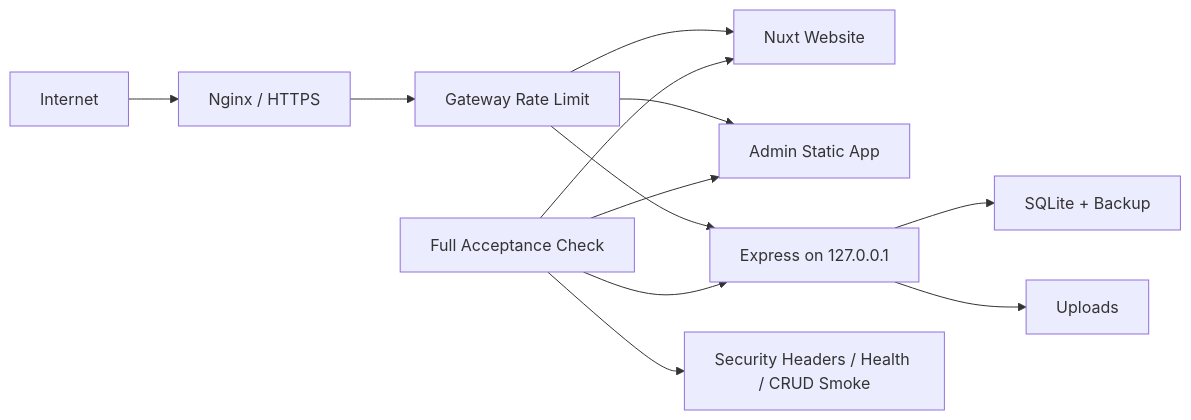
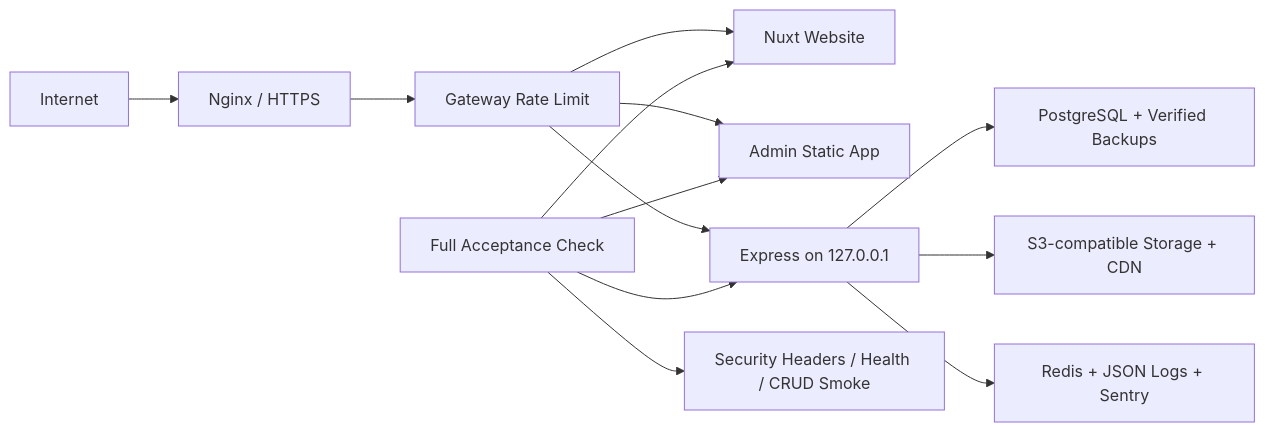
The fifth of 5 diagrams in docs/architecture.md (728792899-create/hushi-wind-website), drawn with Mermaid before and after one commit. The commit also changed other lines of this file and 97 other files, not shown here.

````diff
--- a/docs/architecture.md
+++ b/docs/architecture.md
@@ -113,16 +126,17 @@
 ```mermaid
 flowchart LR
   INTERNET["Internet"] --> TLS["Nginx / HTTPS"]
   TLS --> LIMIT["Gateway Rate Limit"]
   LIMIT --> SITE["Nuxt Website"]
   LIMIT --> ADMIN["Admin Static App"]
   LIMIT --> API["Express on 127.0.0.1"]
 
-  API --> DB["SQLite + Backup"]
-  API --> FILES["Uploads"]
+  API --> DB["PostgreSQL + Verified Backups"]
+  API --> FILES["S3-compatible Storage + CDN"]
+  API --> SHARED["Redis + JSON Logs + Sentry"]
 
   CHECK["Full Acceptance Check"] --> SITE
   CHECK --> ADMIN
   CHECK --> API
   CHECK --> HEADERS["Security Headers / Health / CRUD Smoke"]
 ```
````
